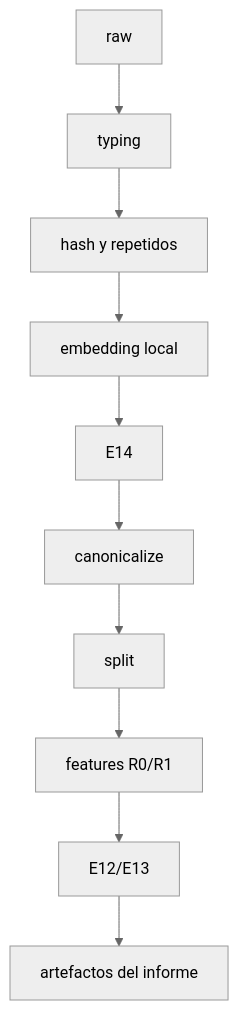
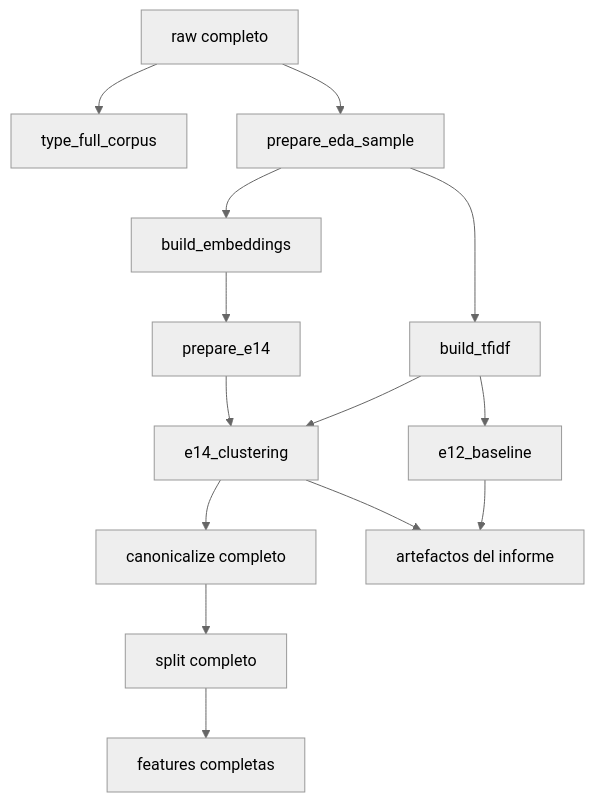
The third of 3 diagrams in reports/informe/informe.qmd (Codenid/capstone-claims-triage), drawn with Mermaid (neutral theme) before and after one commit. The commit also changed other lines of this file and 31 other files, not shown here.

````diff
--- a/reports/informe/informe.qmd
+++ b/reports/informe/informe.qmd
@@ -1264,12 +1374,16 @@
 ```{mermaid}
 flowchart TD
-    A[raw] --> B[typing]
-    B --> C[hash y repetidos]
-    C --> D[embedding local]
-    D --> E[E14]
-    E --> F[canonicalize]
-    F --> G[split]
-    G --> H[features R0/R1]
-    H --> I[E12/E13]
-    I --> J[artefactos del informe]
+    A[raw completo] --> B[type_full_corpus]
+    A --> C[prepare_eda_sample]
+    C --> D[build_tfidf]
+    D --> E[e12_baseline]
+    C --> F[build_embeddings]
+    F --> G[prepare_e14]
+    D --> H[e14_clustering]
+    G --> H
+    H --> I[canonicalize completo]
+    I --> J[split completo]
+    J --> K[features completas]
+    E --> L[artefactos del informe]
+    H --> L
 ```
````
